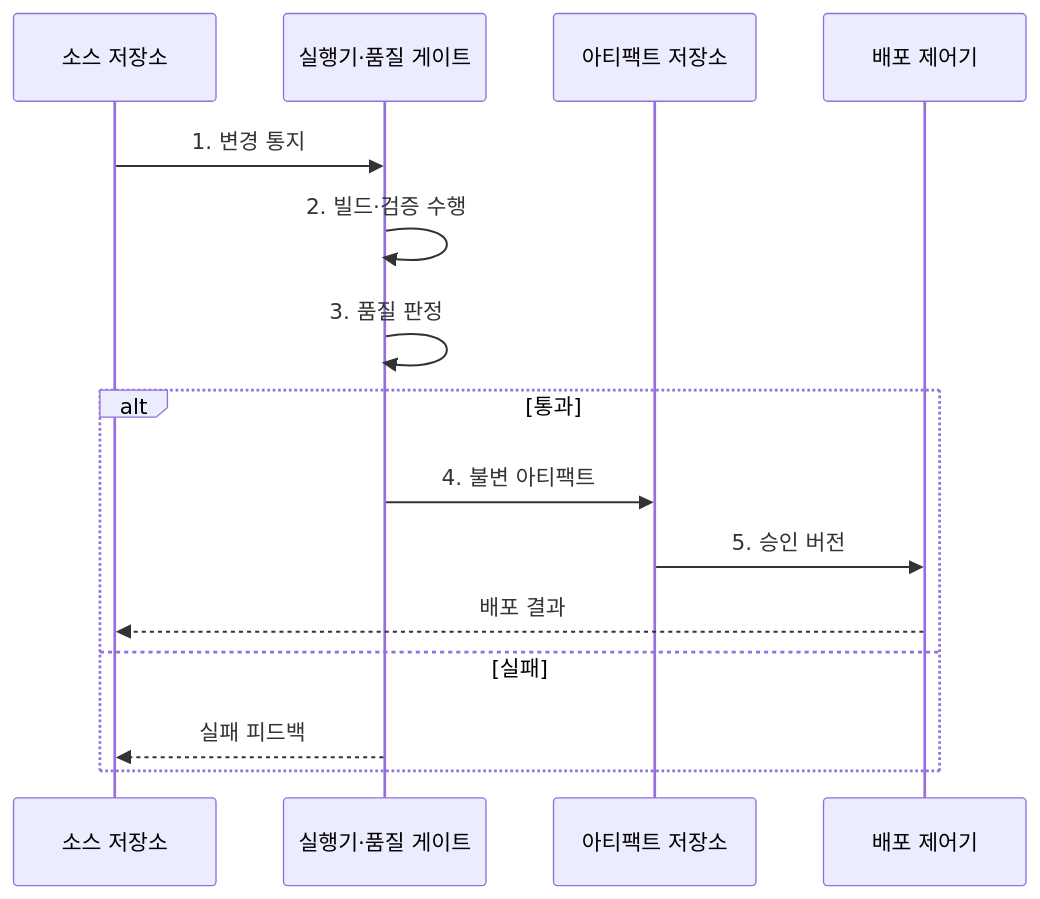
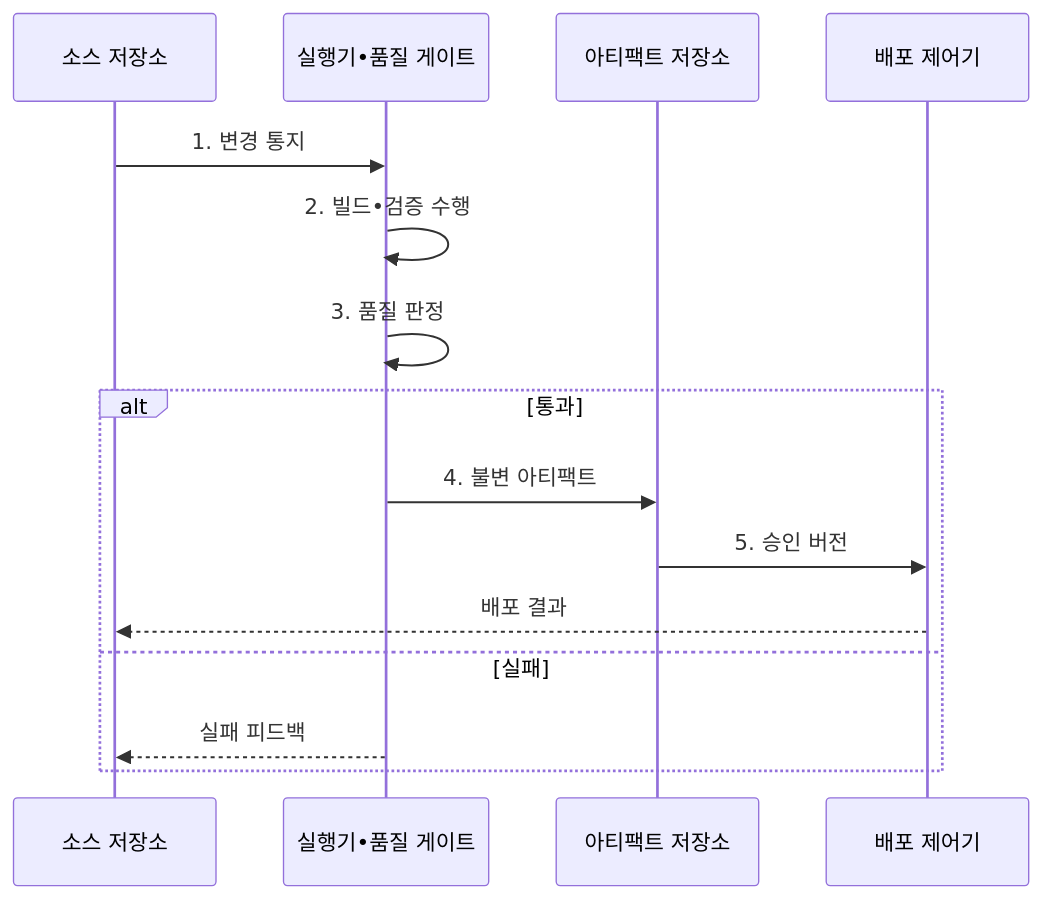
The second of 2 diagrams in src/content/docs/notes/03-software/053_ci_cd_pipeline.md (agnusdei1207/knowledge-base), drawn with Mermaid before and after one commit. The commit also changed other lines of this file and 953 other files, not shown here.

````diff
--- a/src/content/docs/notes/03-software/053_ci_cd_pipeline.md
+++ b/src/content/docs/notes/03-software/053_ci_cd_pipeline.md
@@ -106,17 +106,17 @@
 ```mermaid
 sequenceDiagram
     participant S as 소스 저장소
-    participant R as 실행기·품질 게이트
+    participant R as 실행기•품질 게이트
     participant A as 아티팩트 저장소
     participant D as 배포 제어기
     S->>R: 1. 변경 통지
-    R->>R: 2. 빌드·검증 수행
+    R->>R: 2. 빌드•검증 수행
     R->>R: 3. 품질 판정
     alt 통과
         R->>A: 4. 불변 아티팩트
         A->>D: 5. 승인 버전
         D-->>S: 배포 결과
     else 실패
         R-->>S: 실패 피드백
     end
 ```
````
